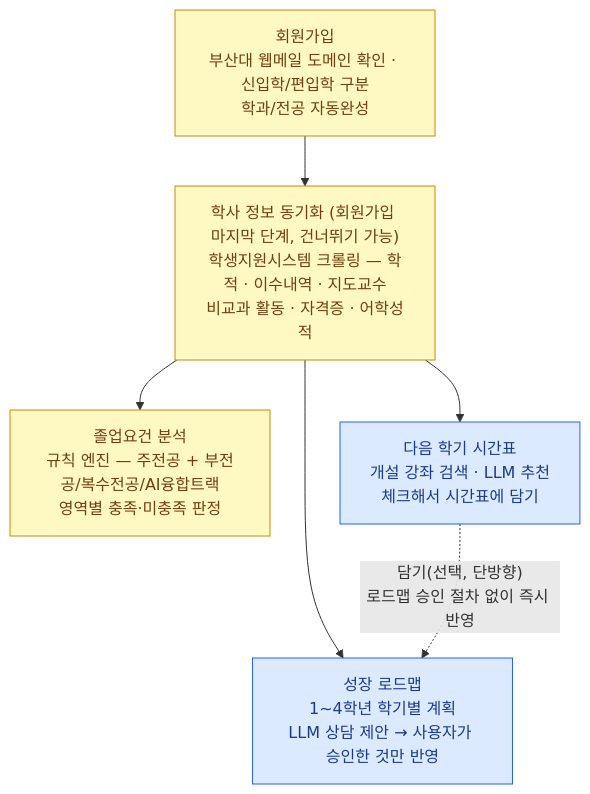
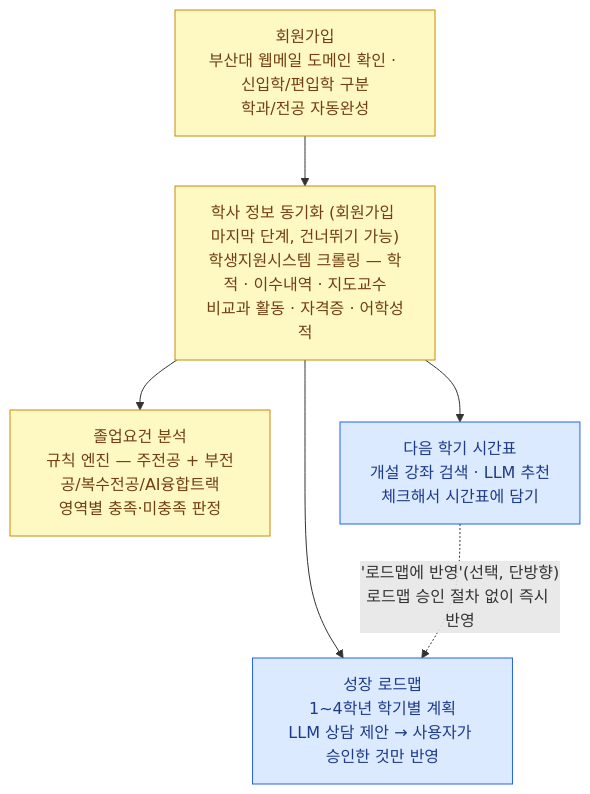
Before and after one commit to PNU-2026-AI-Hackathon/pnuai-a-03-team-u: the second of 3 diagrams in README.md, drawn with Mermaid. The commit also changed other lines of this file and 1 other file, not shown here.

First line of the commit message:
fix(readme): "담기"→"로드맵에 반영" 버튼 명칭 정정

````diff
--- a/README.md
+++ b/README.md
@@ -137,19 +137,19 @@
 ```mermaid
 flowchart TB
     SIGNUP["회원가입<br/>부산대 웹메일 도메인 확인 · 신입학/편입학 구분<br/>학과/전공 자동완성"]
     SYNC["학사 정보 동기화 (회원가입 마지막 단계, 건너뛰기 가능)<br/>학생지원시스템 크롤링 — 학적 · 이수내역 · 지도교수<br/>비교과 활동 · 자격증 · 어학성적"]
     RULE["졸업요건 분석<br/>규칙 엔진 — 주전공 + 부전공/복수전공/AI융합트랙<br/>영역별 충족·미충족 판정"]
     RM["성장 로드맵<br/>1~4학년 학기별 계획<br/>LLM 상담 제안 → 사용자가 승인한 것만 반영"]
     TT["다음 학기 시간표<br/>개설 강좌 검색 · LLM 추천<br/>체크해서 시간표에 담기"]
 
     SIGNUP --> SYNC
     SYNC --> RULE
     SYNC --> RM
     SYNC --> TT
-    TT -. "담기(선택, 단방향)<br/>로드맵 승인 절차 없이 즉시 반영" .-> RM
+    TT -. "'로드맵에 반영'(선택, 단방향)<br/>로드맵 승인 절차 없이 즉시 반영" .-> RM
 
     classDef rule fill:#fef9c3,stroke:#ca8a04,color:#713f12
     classDef agent fill:#dbeafe,stroke:#2563eb,color:#1e3a8a
     class SIGNUP,SYNC,RULE rule
     class RM,TT agent
 ```
````
